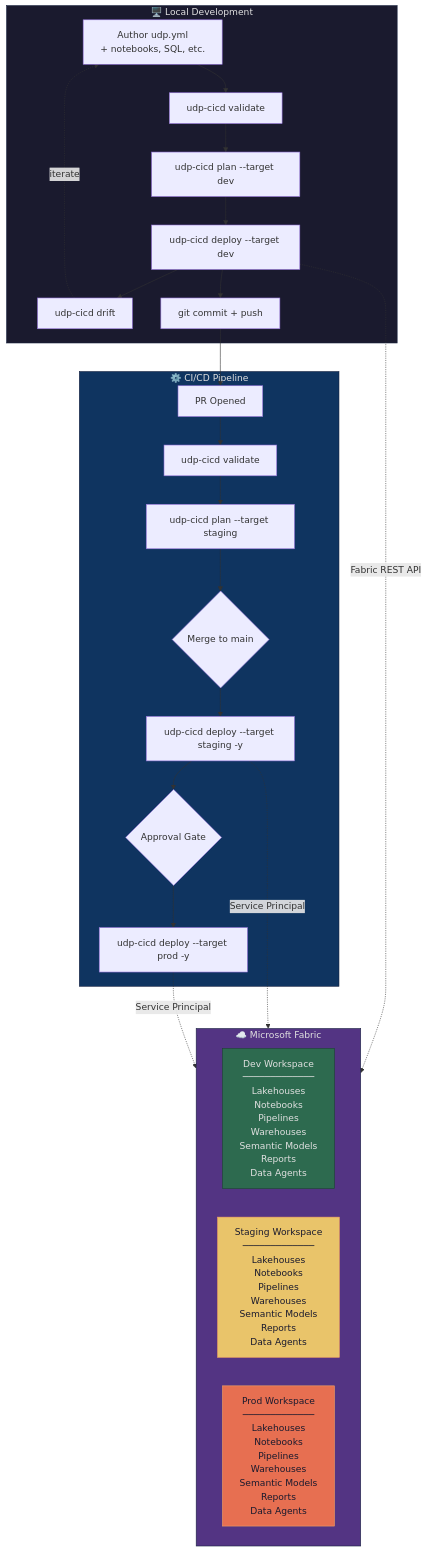
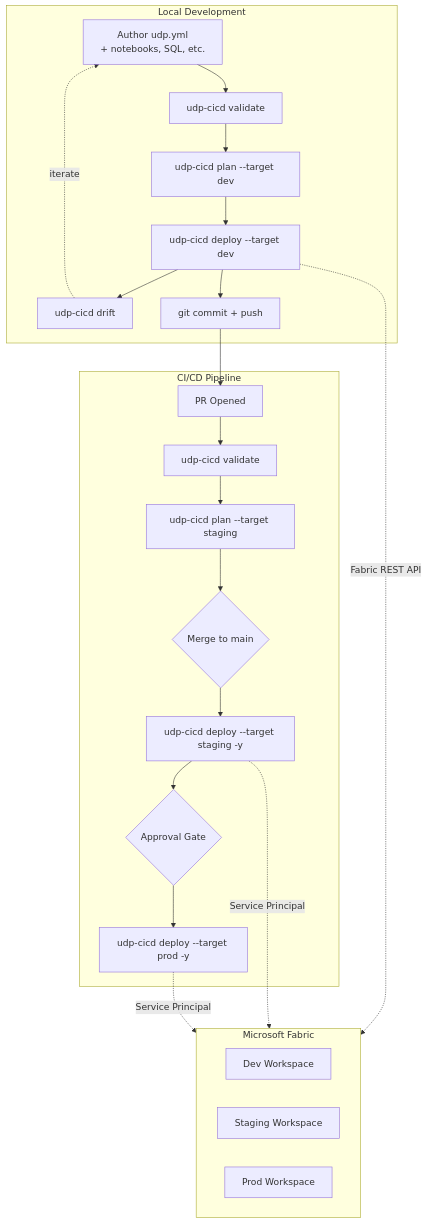
One commit to PatrickGallucci/udp-cicd changed the diagram in README.md. Above: the diagram before and after it, drawn with Mermaid. The commit also changed other lines of this file and 25 other files, not shown here.

````diff
--- a/README.md
+++ b/README.md
@@ -308,39 +498,32 @@
 ```mermaid
 flowchart TB
-    subgraph local["🖥️ Local Development"]
+    subgraph local["Local Development"]
         A["Author udp.yml\n+ notebooks, SQL, etc."] --> B["udp-cicd validate"]
         B --> C["udp-cicd plan --target dev"]
         C --> D["udp-cicd deploy --target dev"]
         D --> E["udp-cicd drift"]
         E -.->|"iterate"| A
         D --> F["git commit + push"]
     end
 
-    subgraph cicd["⚙️ CI/CD Pipeline"]
+    subgraph cicd["CI/CD Pipeline"]
         G["PR Opened"] --> H["udp-cicd validate"]
         H --> I["udp-cicd plan --target staging"]
         I --> J{Merge to main}
         J --> K["udp-cicd deploy --target staging -y"]
         K --> L{Approval Gate}
         L --> M["udp-cicd deploy --target prod -y"]
     end
 
-    subgraph udp["☁️ Microsoft Fabric"]
+    subgraph udp["Microsoft Fabric"]
         direction LR
-        DEV["Dev Workspace\n─────────────\nLakehouses\nNotebooks\nPipelines\nWarehouses\nSemantic Models\nReports\nData Agents"]
-        STG["Staging Workspace\n─────────────\nLakehouses\nNotebooks\nPipelines\nWarehouses\nSemantic Models\nReports\nData Agents"]
-        PRD["Prod Workspace\n─────────────\nLakehouses\nNotebooks\nPipelines\nWarehouses\nSemantic Models\nReports\nData Agents"]
+        DEV["Dev Workspace"]
+        STG["Staging Workspace"]
+        PRD["Prod Workspace"]
     end
 
     F --> G
     D -.->|"Fabric REST API"| DEV
     K -.->|"Service Principal"| STG
     M -.->|"Service Principal"| PRD
-
-    style local fill:#1a1a2e,stroke:#16213e,color:#e0e0e0
-    style cicd fill:#0f3460,stroke:#16213e,color:#e0e0e0
-    style udp fill:#533483,stroke:#16213e,color:#e0e0e0
-    style DEV fill:#2d6a4f,stroke:#1b4332,color:#e0e0e0
-    style STG fill:#e9c46a,stroke:#f4a261,color:#1a1a2e
-    style PRD fill:#e76f51,stroke:#f4a261,color:#1a1a2e
 ```
````
